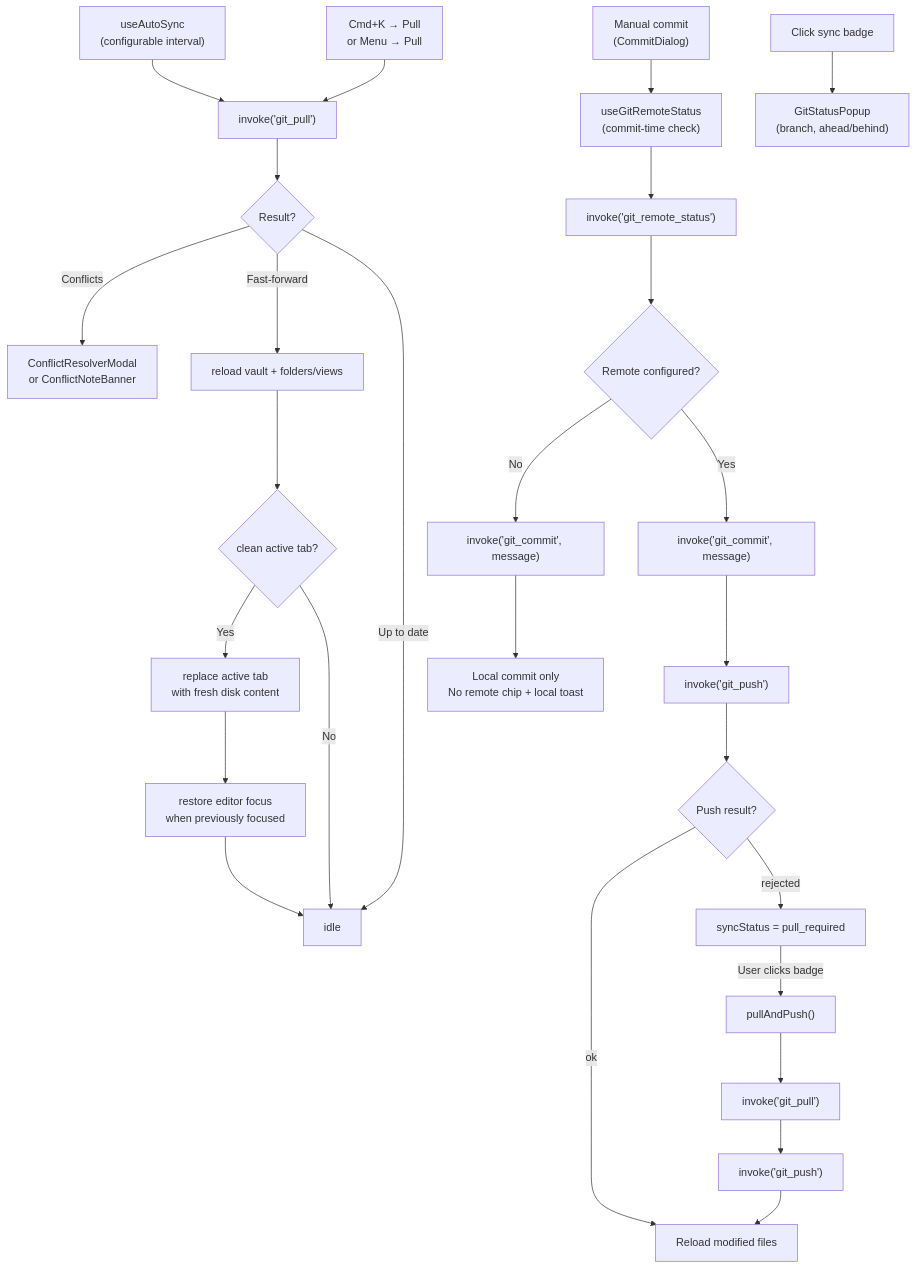
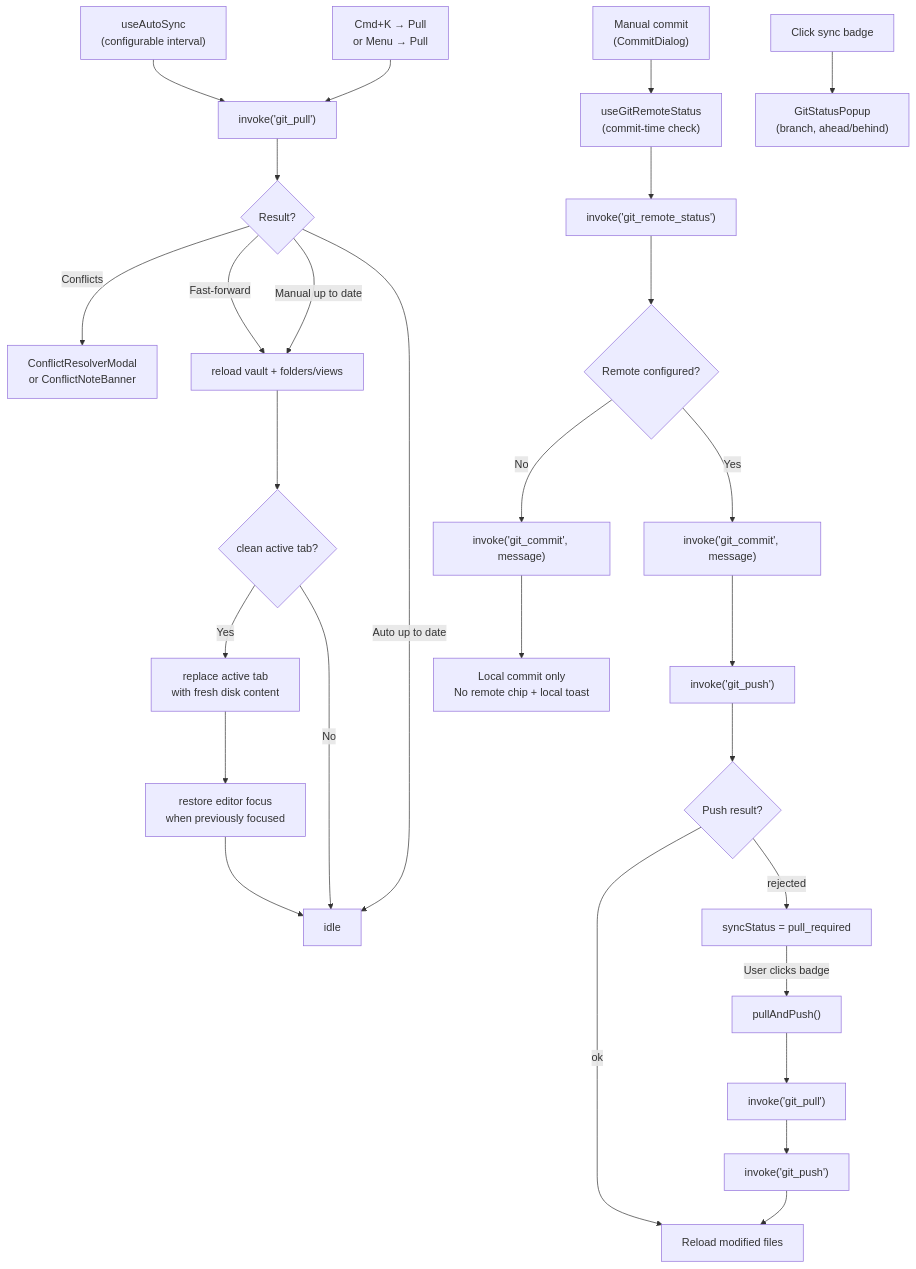
One commit to aimeritething/Fuwa changed the ninth of 10 diagrams in docs/ARCHITECTURE.md. Above: the diagram before and after it, drawn with Mermaid. The commit also changed other lines of this file and 9 other files, not shown here.

````diff
--- a/docs/ARCHITECTURE.md
+++ b/docs/ARCHITECTURE.md
@@ -644,31 +644,32 @@
 ```mermaid
 flowchart TD
     AS["useAutoSync\n(configurable interval)"] --> PULL["invoke('git_pull')"]
     PULL --> PC{Result?}
     PC -->|Conflicts| CM["ConflictResolverModal\nor ConflictNoteBanner"]
     PC -->|Fast-forward| RV["reload vault + folders/views"]
     RV --> TAB{"clean active tab?"}
     TAB -->|Yes| RT["replace active tab\nwith fresh disk content"]
     TAB -->|No| DONE["idle"]
     RT --> RF["restore editor focus\nwhen previously focused"]
     RF --> DONE
-    PC -->|Up to date| DONE["idle"]
+    PC -->|Manual up to date| RV
+    PC -->|Auto up to date| DONE["idle"]
 
     MAN["Manual commit\n(CommitDialog)"] --> RS["useGitRemoteStatus\n(commit-time check)"]
     RS --> RCHK["invoke('git_remote_status')"]
     RCHK --> RMODE{Remote configured?}
     RMODE -->|No| GC["invoke('git_commit', message)"]
     GC --> LOCAL["Local commit only\nNo remote chip + local toast"]
     RMODE -->|Yes| GC2["invoke('git_commit', message)"]
     GC2 --> GP["invoke('git_push')"]
     GP --> PR{Push result?}
     PR -->|ok| RM["Reload modified files"]
     PR -->|rejected| DIV["syncStatus = pull_required"]
     DIV -->|User clicks badge| PAP["pullAndPush()"]
     PAP --> PULL2["invoke('git_pull')"]
     PULL2 --> GP2["invoke('git_push')"]
     GP2 --> RM
 
     CMD["Cmd+K → Pull\nor Menu → Pull"] --> PULL
     STATUS["Click sync badge"] --> POPUP["GitStatusPopup\n(branch, ahead/behind)"]
 ```
````
